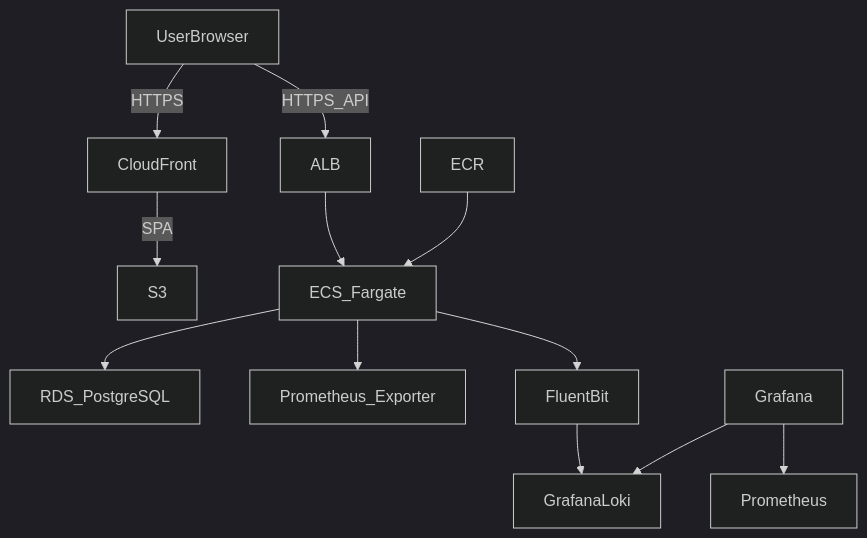
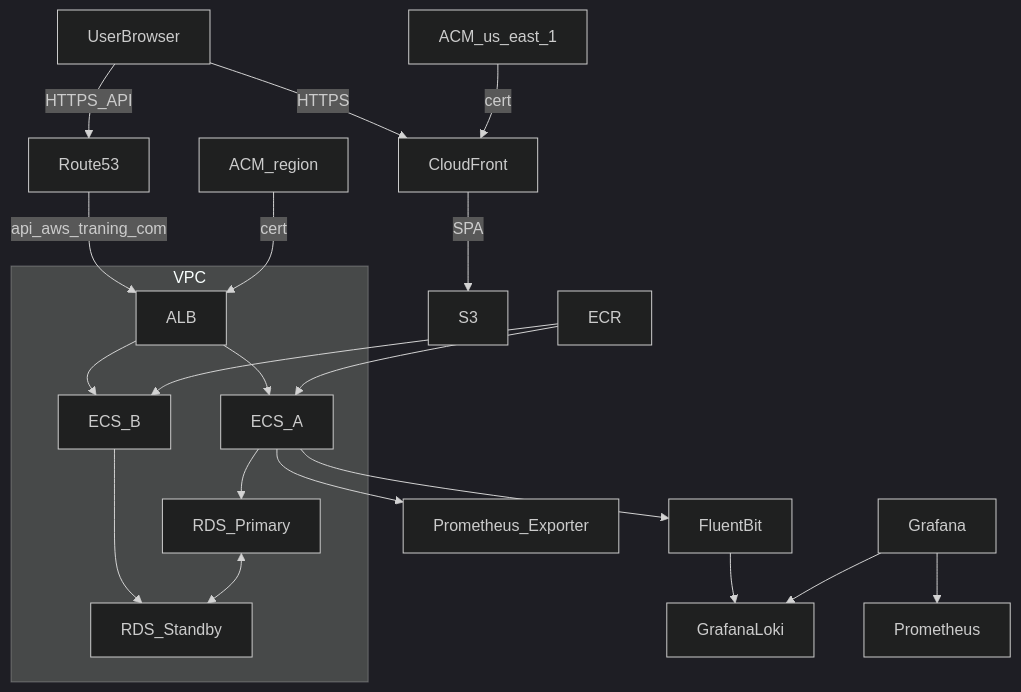
Before and after one commit to takuma-yamaguchi0807/todo-gin: the diagram in README.md, drawn with Mermaid (dark theme). The commit also changed other lines of this file and 11 other files, not shown here.

````diff
--- a/README.md
+++ b/README.md
@@ -22,14 +22,25 @@
 ```mermaid
 graph TD
   UserBrowser -- HTTPS --> CloudFront
   CloudFront -- SPA --> S3
-  UserBrowser -- HTTPS_API --> ALB
-  ALB --> ECS_Fargate
-  ECS_Fargate --> RDS_PostgreSQL
-  ECS_Fargate --> Prometheus_Exporter
-  ECS_Fargate --> FluentBit
+  UserBrowser -- HTTPS_API --> Route53
+  Route53 -- api_aws_traning_com --> ALB
+  ACM_us_east_1 -- cert --> CloudFront
+  ACM_region -- cert --> ALB
+
+  subgraph VPC
+    ALB --> ECS_A
+    ALB --> ECS_B
+    ECS_A --> RDS_Primary
+    ECS_B --> RDS_Standby
+  end
+
+  RDS_Primary <--> RDS_Standby
+  ECS_A --> Prometheus_Exporter
+  ECS_A --> FluentBit
   FluentBit --> GrafanaLoki
   Grafana --> Prometheus
   Grafana --> GrafanaLoki
-  ECR --> ECS_Fargate
+  ECR --> ECS_A
+  ECR --> ECS_B
 ```
````
